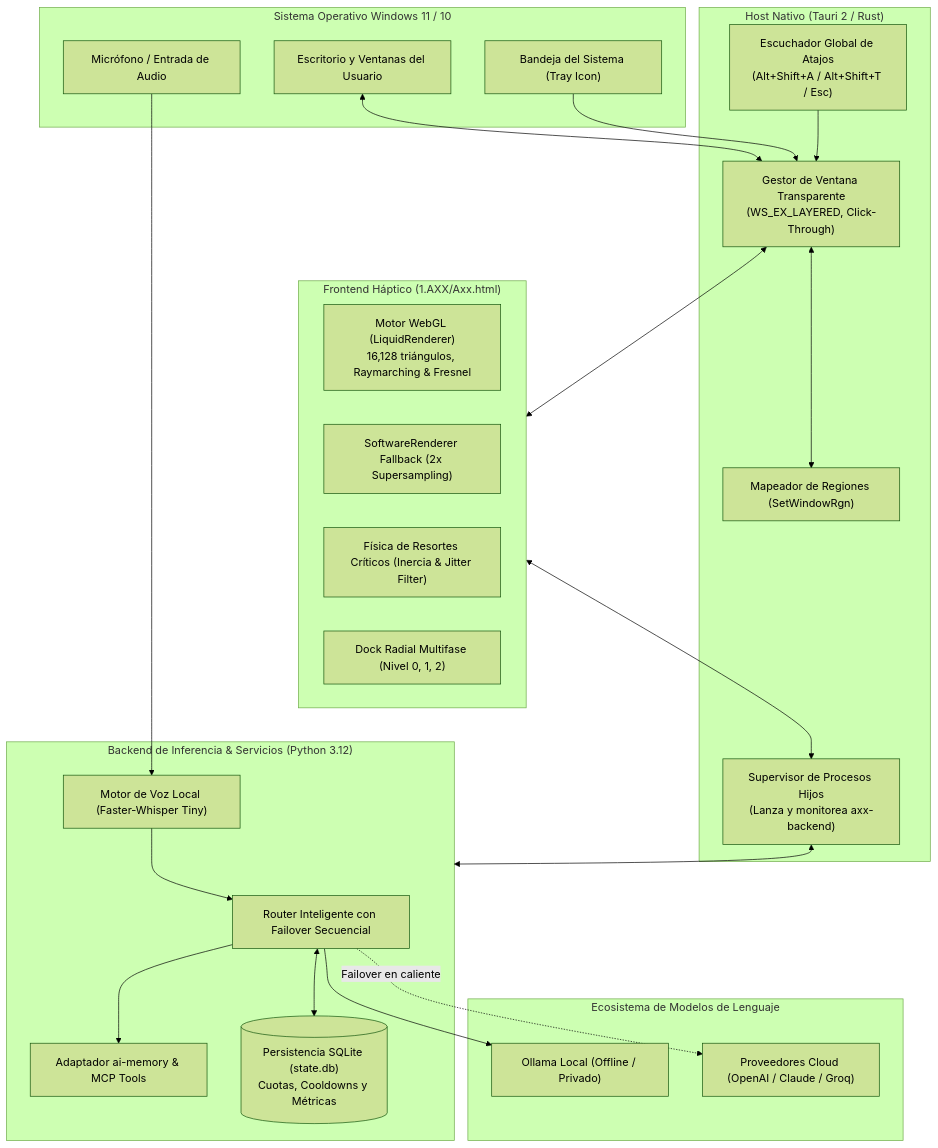
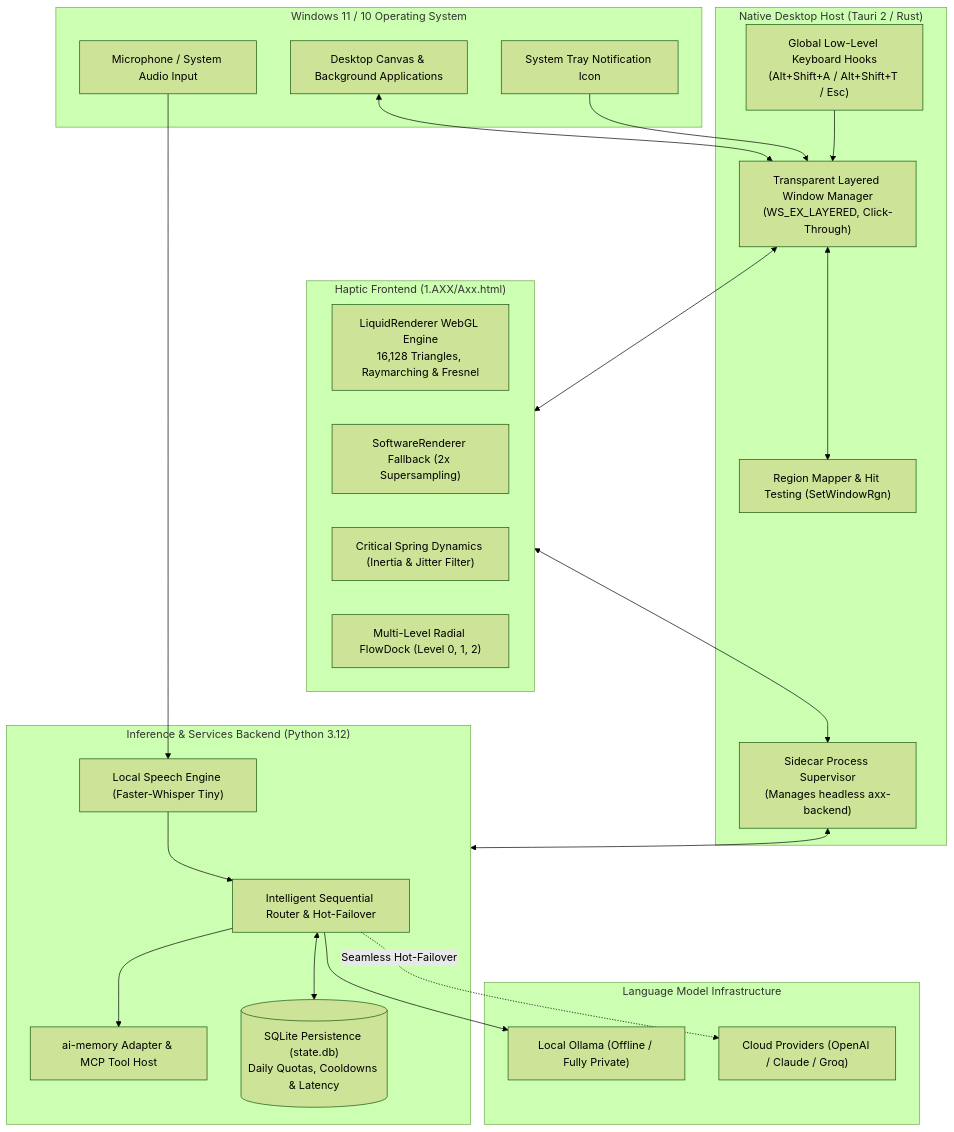
The first of 3 diagrams in README.md (luigilaxmaster-coder/AXX), drawn with Mermaid (forest theme) before and after one commit. The commit also changed other lines of this file, not shown here.

````diff
--- a/README.md
+++ b/README.md
@@ -84,50 +84,50 @@
 ```mermaid
 graph TB
-    subgraph WindowsOS ["Sistema Operativo Windows 11 / 10"]
-        Desktop["Escritorio y Ventanas del Usuario"]
-        AudioInput["Micrófono / Entrada de Audio"]
-        Tray["Bandeja del Sistema (Tray Icon)"]
+    subgraph WindowsOS ["Windows 11 / 10 Operating System"]
+        Desktop["Desktop Canvas & Background Applications"]
+        AudioInput["Microphone / System Audio Input"]
+        Tray["System Tray Notification Icon"]
     end
 
-    subgraph Host ["Host Nativo (Tauri 2 / Rust)"]
-        WinManager["Gestor de Ventana Transparente<br/>(WS_EX_LAYERED, Click-Through)"]
-        HitTest["Mapeador de Regiones (SetWindowRgn)"]
-        HotkeyEngine["Escuchador Global de Atajos<br/>(Alt+Shift+A / Alt+Shift+T / Esc)"]
-        ProcessSuper["Supervisor de Procesos Hijos<br/>(Lanza y monitorea axx-backend)"]
+    subgraph Host ["Native Desktop Host (Tauri 2 / Rust)"]
+        WinManager["Transparent Layered Window Manager<br/>(WS_EX_LAYERED, Click-Through)"]
+        HitTest["Region Mapper & Hit Testing (SetWindowRgn)"]
+        HotkeyEngine["Global Low-Level Keyboard Hooks<br/>(Alt+Shift+A / Alt+Shift+T / Esc)"]
+        ProcessSuper["Sidecar Process Supervisor<br/>(Manages headless axx-backend)"]
     end
 
-    subgraph Frontend ["Frontend Háptico (1.AXX/Axx.html)"]
-        Liquid["Motor WebGL (LiquidRenderer)<br/>16,128 triángulos, Raymarching & Fresnel"]
+    subgraph Frontend ["Haptic Frontend (1.AXX/Axx.html)"]
+        Liquid["LiquidRenderer WebGL Engine<br/>16,128 Triangles, Raymarching & Fresnel"]
         SoftEngine["SoftwareRenderer Fallback (2x Supersampling)"]
-        Springs["Física de Resortes Críticos (Inercia & Jitter Filter)"]
-        Dock["Dock Radial Multifase (Nivel 0, 1, 2)"]
+        Springs["Critical Spring Dynamics (Inertia & Jitter Filter)"]
+        Dock["Multi-Level Radial FlowDock (Level 0, 1, 2)"]
     end
 
-    subgraph Backend ["Backend de Inferencia & Servicios (Python 3.12)"]
-        RouterCore["Router Inteligente con Failover Secuencial"]
-        WhisperASR["Motor de Voz Local (Faster-Whisper Tiny)"]
-        MemoryMCP["Adaptador ai-memory & MCP Tools"]
-        SQLiteState[("Persistencia SQLite (state.db)<br/>Cuotas, Cooldowns y Métricas")]
+    subgraph Backend ["Inference & Services Backend (Python 3.12)"]
+        RouterCore["Intelligent Sequential Router & Hot-Failover"]
+        WhisperASR["Local Speech Engine (Faster-Whisper Tiny)"]
+        MemoryMCP["ai-memory Adapter & MCP Tool Host"]
+        SQLiteState[("SQLite Persistence (state.db)<br/>Daily Quotas, Cooldowns & Latency")]
     end
 
-    subgraph AIProviders ["Ecosistema de Modelos de Lenguaje"]
-        OllamaLocal["Ollama Local (Offline / Privado)"]
-        CloudAI["Proveedores Cloud (OpenAI / Claude / Groq)"]
+    subgraph AIProviders ["Language Model Infrastructure"]
+        OllamaLocal["Local Ollama (Offline / Fully Private)"]
+        CloudAI["Cloud Providers (OpenAI / Claude / Groq)"]
     end
 
-    %% Conexiones
+    %% Connections
     AudioInput --> WhisperASR
     Desktop <--> WinManager
     Tray --> WinManager
     HotkeyEngine --> WinManager
     WinManager <--> HitTest
     WinManager <--> Frontend
     Frontend <--> ProcessSuper
     ProcessSuper <--> Backend
     
     WhisperASR --> RouterCore
     RouterCore <--> SQLiteState
     RouterCore --> MemoryMCP
     RouterCore --> OllamaLocal
-    RouterCore -. Failover en caliente .-> CloudAI
+    RouterCore -. Seamless Hot-Failover .-> CloudAI
 ```
````
